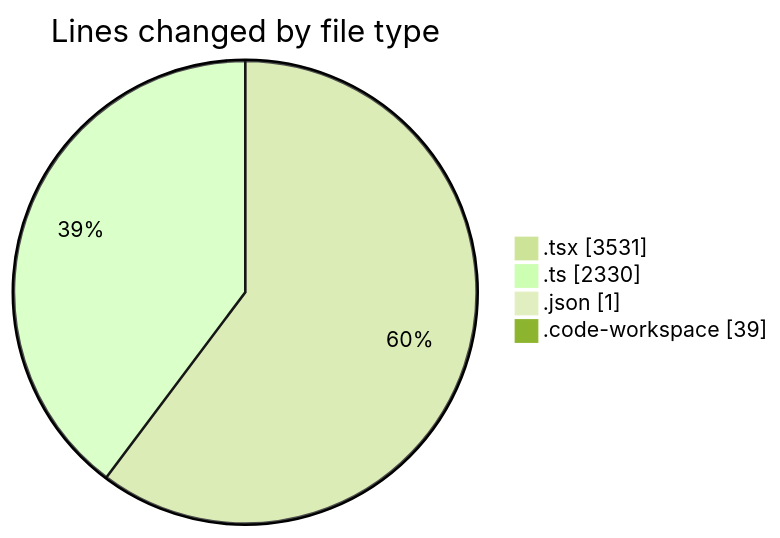
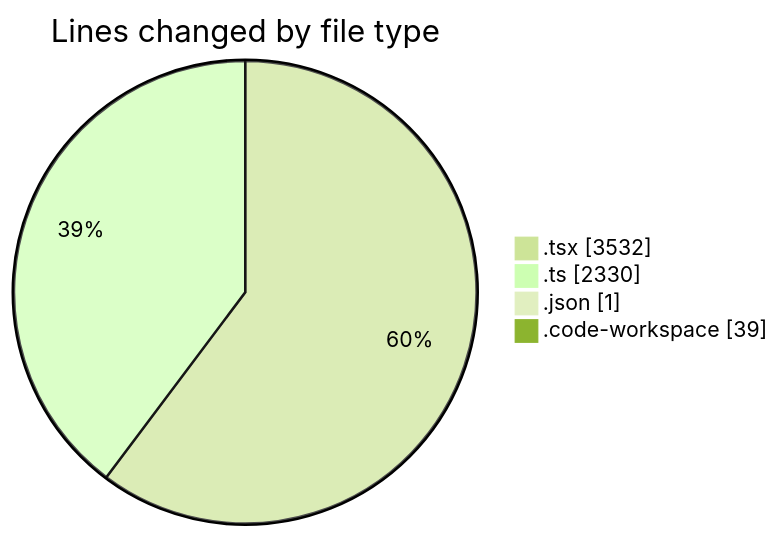
The first of 2 diagrams in 2025-10-08/eventscop-frontend-guide__workspace_/README.md (julien-gomy/code-tracking), drawn with Mermaid (forest theme) before and after one commit. The commit also changed other lines of this file and 1 other file, not shown here.

````diff
--- a/2025-10-08/eventscop-frontend-guide__workspace_/README.md
+++ b/2025-10-08/eventscop-frontend-guide__workspace_/README.md
@@ -47,8 +47,8 @@
 ```mermaid
 pie showData
 title Lines changed by file type
-".tsx" : 3531
+".tsx" : 3532
 ".ts" : 2330
 ".json" : 1
 ".code-workspace" : 39
 ```
````
